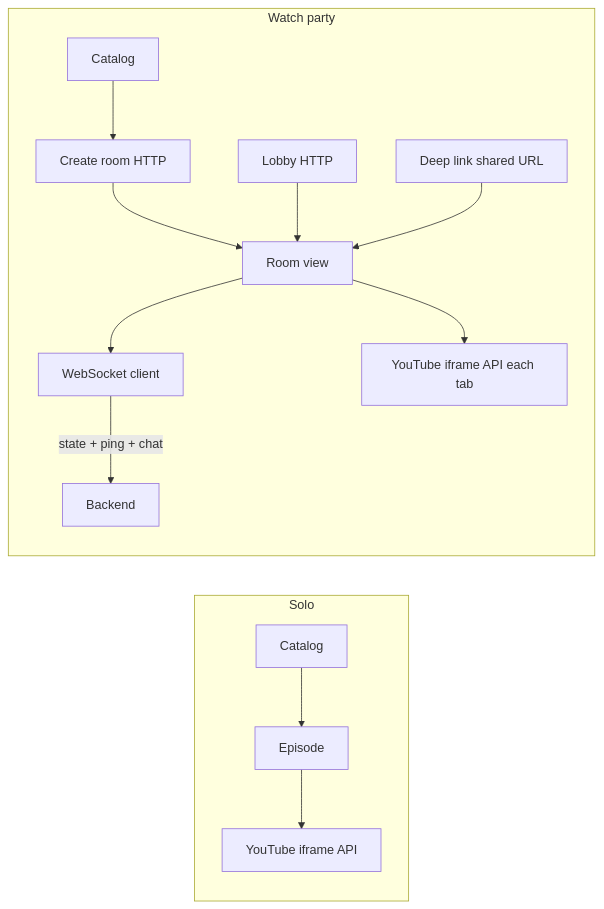
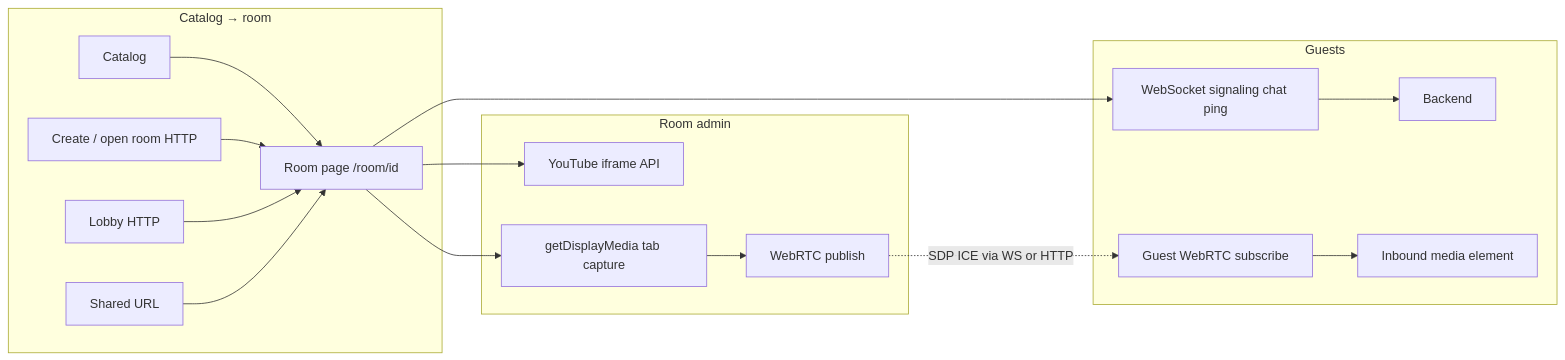
The diagram in docs/architecture.frontend.md (StacksOnTheRacks/riffsync), drawn with Mermaid before and after one commit. The commit also changed other lines of this file and 471 other files, not shown here.

Commit message:
Enhance README with detailed user flows and room management features; introduce foundational files for project structure including knowledge map, project metadata, skill registry, and business logic documentation.

````diff
--- a/docs/architecture.frontend.md
+++ b/docs/architecture.frontend.md
@@ -26,17 +28,22 @@
 ```mermaid
 flowchart LR
-  subgraph solo["Solo"]
-    CAT[Catalog] --> SEL[Episode]
-    SEL --> YT[YouTube iframe API]
+  subgraph catalog_to_room["Catalog → room"]
+    CAT[Catalog] --> ROOM[Room page /room/id]
+    CR[Create / open room HTTP] --> ROOM
+    LOB[Lobby HTTP] --> ROOM
+    LINK[Shared URL] --> ROOM
   end
 
-  subgraph party["Watch party"]
-    CAT2[Catalog] --> CR[Create room HTTP]
-    CR --> ROOM[Room view]
-    LOB[Lobby HTTP] --> ROOM
-    LINK[Deep link shared URL] --> ROOM
-    ROOM --> WS[WebSocket client]
-    ROOM --> YT2[YouTube iframe API each tab]
-    WS -->|"state + ping + chat"| SRV[Backend]
+  subgraph admin_path["Room admin"]
+    ROOM --> YT[YouTube iframe API]
+    ROOM --> CAP[getDisplayMedia tab capture]
+    CAP --> RTC_OUT[WebRTC publish]
+  end
+
+  subgraph guest_path["Guests"]
+    ROOM --> WS[WebSocket signaling chat ping]
+    WS --> SRV[Backend]
+    RTC_OUT -.->|SDP ICE via WS or HTTP| GUEST[Guest WebRTC subscribe]
+    GUEST --> VID[Inbound media element]
   end
 ```
````
